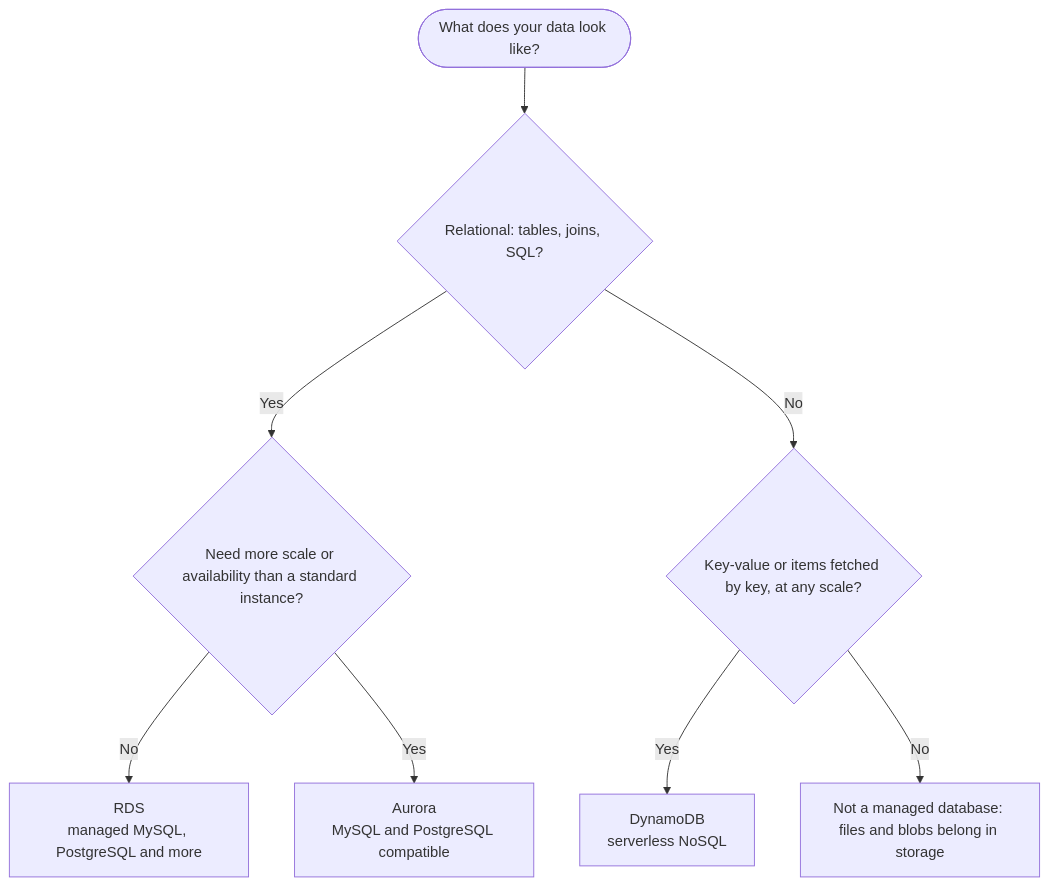
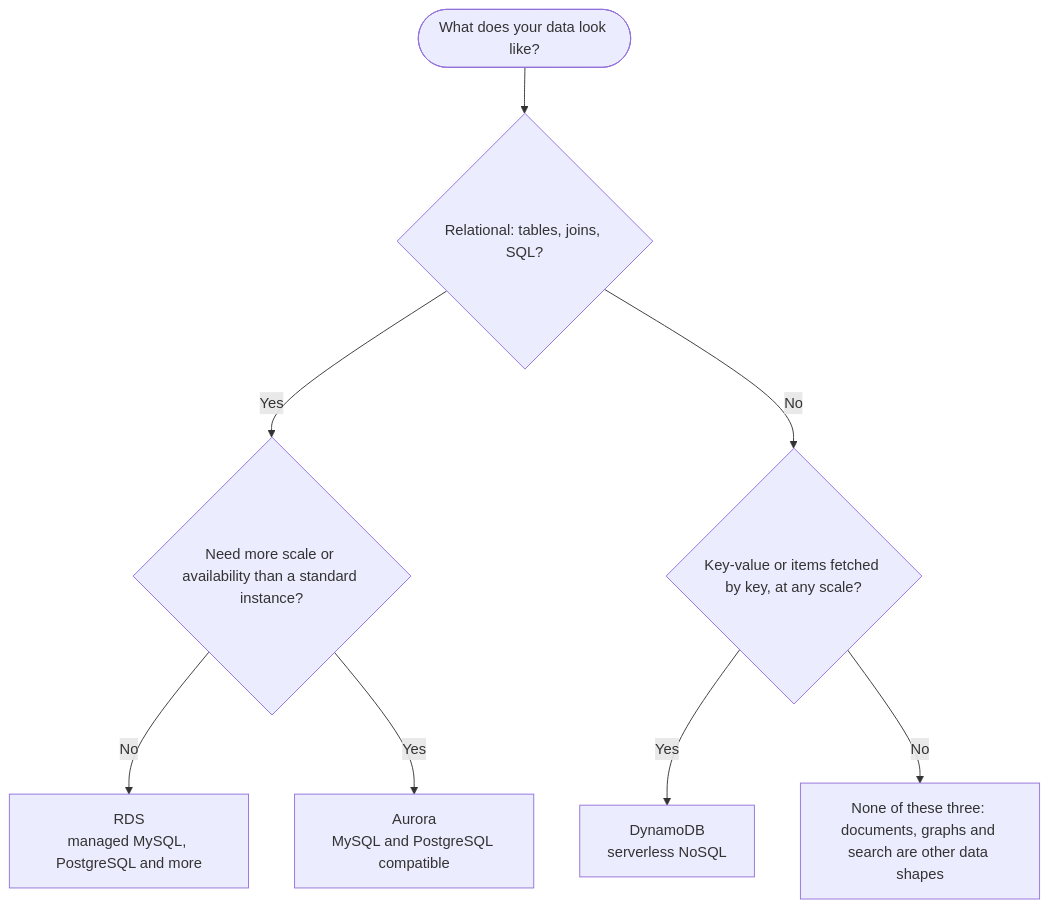
One commit to sunflynf/web-notes changed the diagram in docs/cloud-computing/databases.mdx. Above: the diagram before and after it, drawn with Mermaid. The commit also changed other lines of this file and 7 other files, not shown here.

First line of the commit message:
Fix Cloud facts, decision chart and entry page map; restore category tagline

````diff
--- a/docs/cloud-computing/databases.mdx
+++ b/docs/cloud-computing/databases.mdx
@@ -19,13 +19,13 @@
 ```mermaid
 flowchart TD
     Start(["What does your data look like?"]) --> Q1{"Relational: tables, joins, SQL?"}
     Q1 -- "Yes" --> Q2{"Need more scale or availability than a standard instance?"}
     Q2 -- "No" --> RDS["RDS<br/>managed MySQL, PostgreSQL and more"]
     Q2 -- "Yes" --> Aurora["Aurora<br/>MySQL and PostgreSQL compatible"]
     Q1 -- "No" --> Q3{"Key-value or items fetched by key, at any scale?"}
     Q3 -- "Yes" --> DynamoDB["DynamoDB<br/>serverless NoSQL"]
-    Q3 -- "No" --> Other["Not a managed database: files and blobs belong in storage"]
+    Q3 -- "No" --> Other["None of these three: documents, graphs and search are other data shapes"]
     click RDS "#rds"
     click Aurora "#aurora"
     click DynamoDB "#dynamodb"
 ```
````
